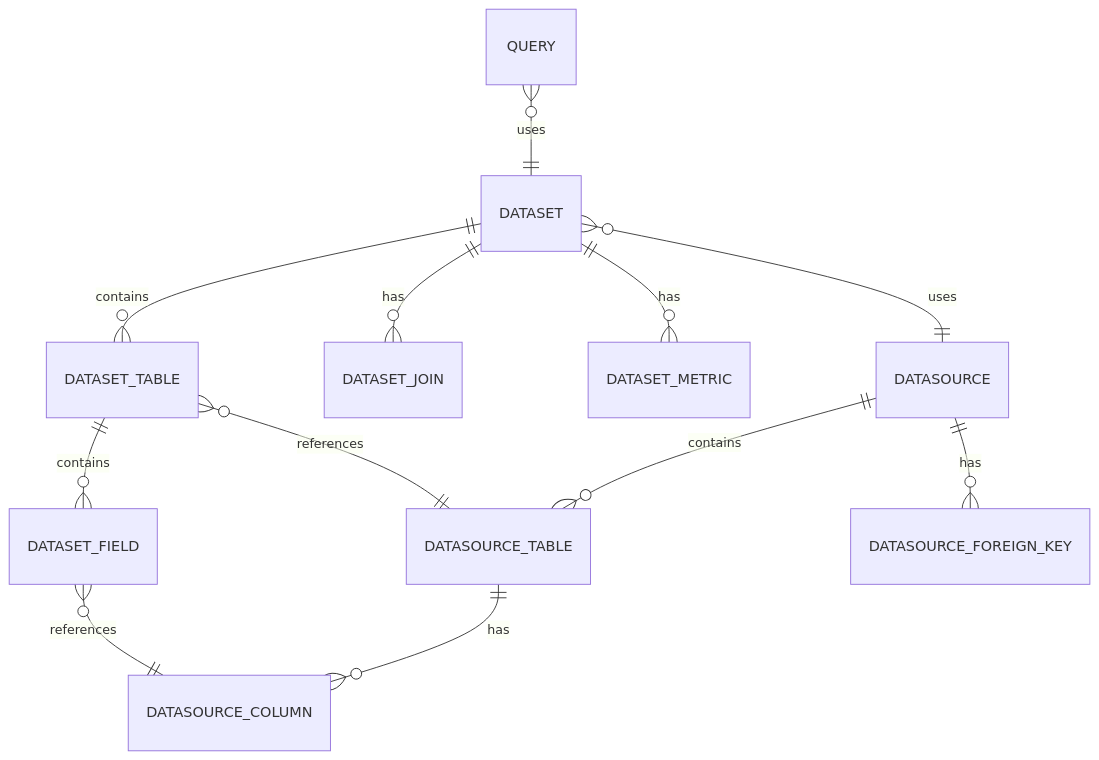
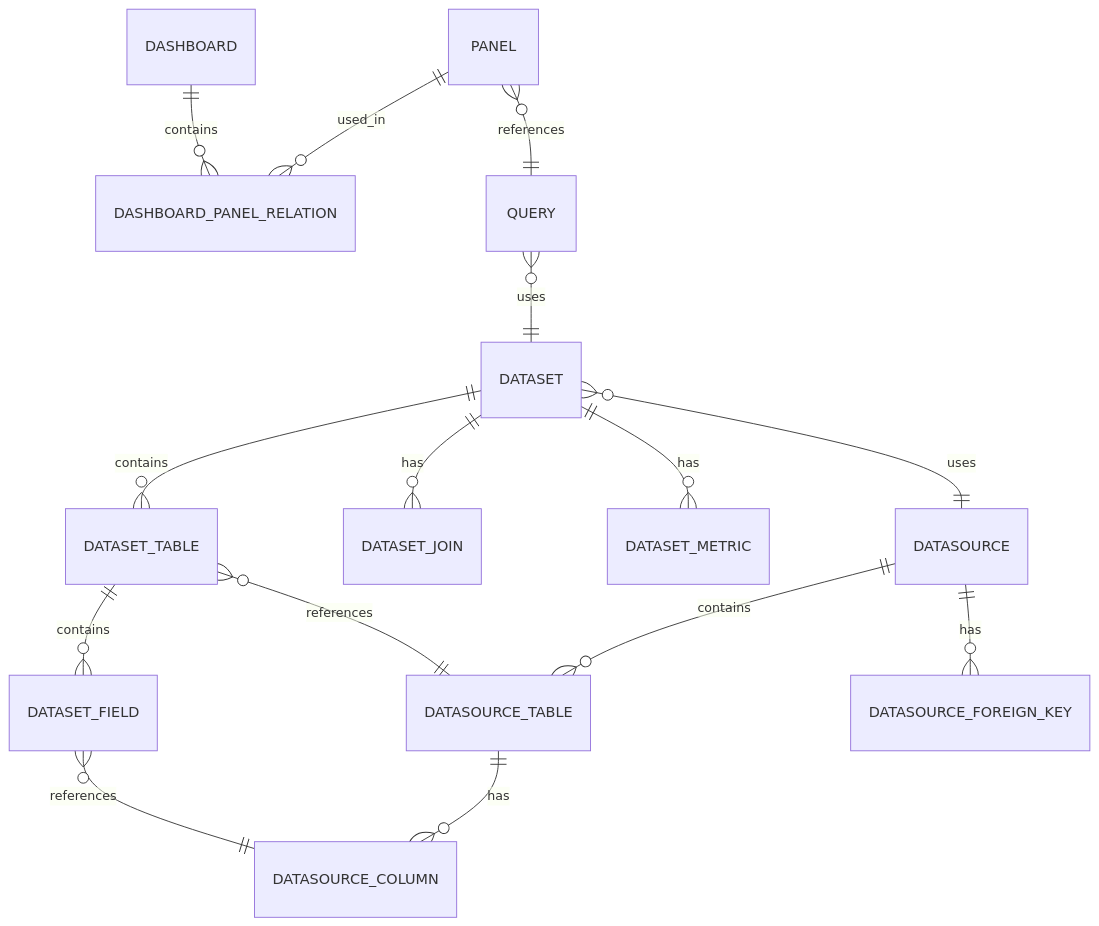
One commit to Syedar-root/seedar changed the sixth of 8 diagrams in apps/server/docs/server.md. Above: the diagram before and after it, drawn with Mermaid. The commit also changed other lines of this file and 6 other files, not shown here.

````diff
--- a/apps/server/docs/server.md
+++ b/apps/server/docs/server.md
@@ -376,17 +422,21 @@
 ```mermaid
 erDiagram
     DATASOURCE ||--o{ DATASOURCE_TABLE : contains
     DATASOURCE ||--o{ DATASOURCE_FOREIGN_KEY : has
     DATASOURCE_TABLE ||--o{ DATASOURCE_COLUMN : has
 
     DATASET ||--o{ DATASET_TABLE : contains
     DATASET ||--o{ DATASET_JOIN : has
     DATASET ||--o{ DATASET_METRIC : has
     DATASET_TABLE ||--o{ DATASET_FIELD : contains
 
     DATASET }o--|| DATASOURCE : uses
     DATASET_TABLE }o--|| DATASOURCE_TABLE : references
     DATASET_FIELD }o--|| DATASOURCE_COLUMN : references
 
     QUERY }o--|| DATASET : uses
+
+    DASHBOARD ||--o{ DASHBOARD_PANEL_RELATION : contains
+    PANEL ||--o{ DASHBOARD_PANEL_RELATION : used_in
+    PANEL }o--|| QUERY : references
 ```
````
